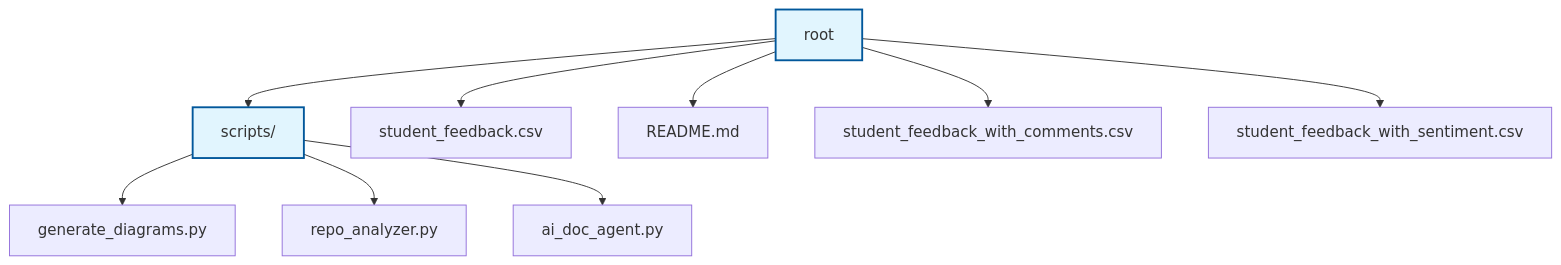
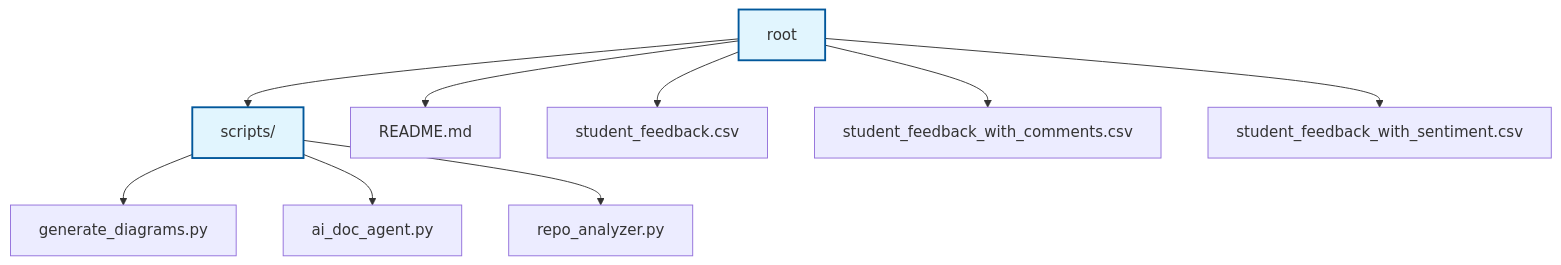
One commit to NITISH-R-G/FUTURE_DS_03 changed the diagram in README.md. Above: the diagram before and after it, drawn with Mermaid.

Commit message:
docs: auto-update repository documentation and diagrams

````diff
--- a/README.md
+++ b/README.md
@@ -47,29 +47,29 @@
 ```mermaid
 graph TD
     node0["root"]:::folder
     node1["scripts/"]:::folder
     node0 --> node1
-    node2["student_feedback.csv"]
+    node2["README.md"]
     node0 --> node2
-    node3["README.md"]
+    node3["student_feedback.csv"]
     node0 --> node3
     node4["student_feedback_with_comments.csv"]
     node0 --> node4
     node5["student_feedback_with_sentiment.csv"]
     node0 --> node5
     node6["generate_diagrams.py"]
     node1 --> node6
-    node7["repo_analyzer.py"]
+    node7["ai_doc_agent.py"]
     node1 --> node7
-    node8["ai_doc_agent.py"]
+    node8["repo_analyzer.py"]
     node1 --> node8
     classDef folder fill:#e1f5fe,stroke:#01579b,stroke-width:2px;
     click node1 "scripts" "View scripts"
-    click node2 "student_feedback.csv" "View student_feedback.csv"
-    click node3 "README.md" "View README.md"
+    click node2 "README.md" "View README.md"
+    click node3 "student_feedback.csv" "View student_feedback.csv"
     click node4 "student_feedback_with_comments.csv" "View student_feedback_with_comments.csv"
     click node5 "student_feedback_with_sentiment.csv" "View student_feedback_with_sentiment.csv"
     click node6 "scripts/generate_diagrams.py" "View generate_diagrams.py"
-    click node7 "scripts/repo_analyzer.py" "View repo_analyzer.py"
-    click node8 "scripts/ai_doc_agent.py" "View ai_doc_agent.py"
+    click node7 "scripts/ai_doc_agent.py" "View ai_doc_agent.py"
+    click node8 "scripts/repo_analyzer.py" "View repo_analyzer.py"
 ```
````
